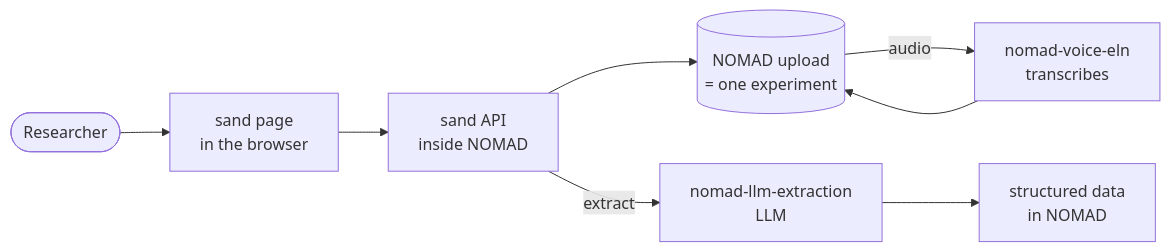
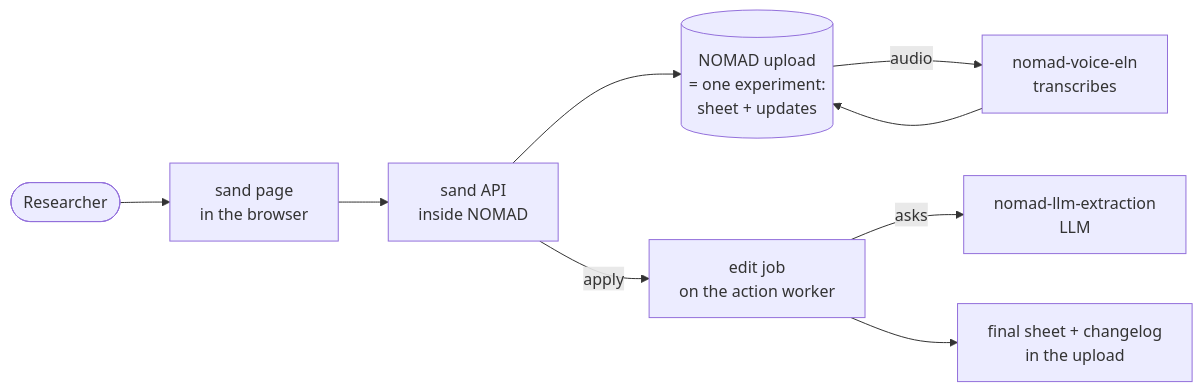
Before and after one commit to FAIRmat-NFDI/sand: the diagram in README.md, drawn with Mermaid. The commit also changed other lines of this file, not shown here.

````diff
--- a/README.md
+++ b/README.md
@@ -17,10 +28,11 @@
 ```mermaid
 flowchart LR
     user([Researcher]) --> ui[sand page<br/>in the browser]
     ui --> api[sand API<br/>inside NOMAD]
-    api --> upload[(NOMAD upload<br/>= one experiment)]
+    api --> upload[(NOMAD upload<br/>= one experiment:<br/>sheet + updates)]
     upload -- audio --> eln[nomad-voice-eln<br/>transcribes]
     eln --> upload
-    api -- extract --> llm[nomad-llm-extraction<br/>LLM]
-    llm --> result[structured data<br/>in NOMAD]
+    api -- apply --> job[edit job<br/>on the action worker]
+    job -- asks --> llm[nomad-llm-extraction<br/>LLM]
+    job --> result[final sheet + changelog<br/>in the upload]
 ```
````
